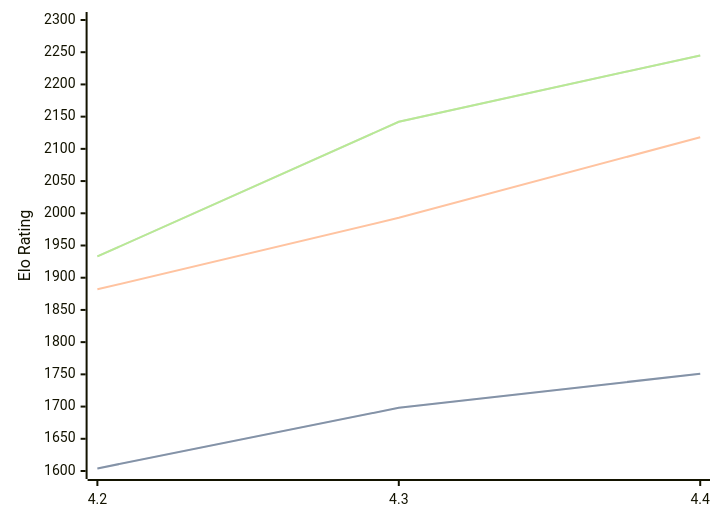
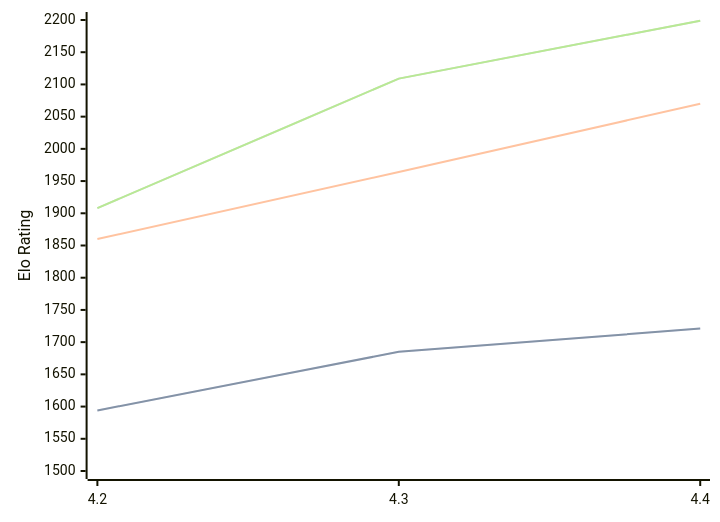
The diagram in engines/Radiance.md (computer-chess-index/cci), drawn with Mermaid before and after one commit. The commit also changed other lines of this file, not shown here.

Commit message:
Update CCI Ratings (ELO VLTC) - 2026-05-19

````diff
--- a/engines/Radiance.md
+++ b/engines/Radiance.md
@@ -36,11 +36,11 @@
 ```mermaid
 %%{init: {"theme":"base","themeVariables":{"seriesColors:['#a3a3a3','#222221','#faa371']}}}%%
 xychart-beta
   x-axis ["4.2", "4.3", "4.4"]
-  y-axis "Elo Rating" 1600 --> 2300
-  line "STC (8.0+0.08s)" [1604, 1698, 1751]
-  line "STC (8.0+0.08s)" [1604, 1698, 1751]
-  line "LTC (60.0+0.60s)" [1882, 1993, 2118]
-  line "VLTC (2m24s+1.12s)" [1933, 2142, 2245]
-  line "VLTC (2m24s+1.12s)" [1933, 2142, 2245]
+  y-axis "Elo Rating" 1500 --> 2200
+  line "STC (8.0+0.08s)" [1594, 1685, 1721]
+  line "STC (8.0+0.08s)" [1594, 1685, 1721]
+  line "LTC (60.0+0.60s)" [1860, 1964, 2070]
+  line "VLTC (2m24s+1.12s)" [1908, 2109, 2199]
+  line "VLTC (2m24s+1.12s)" [1908, 2109, 2199]
 ```
````
